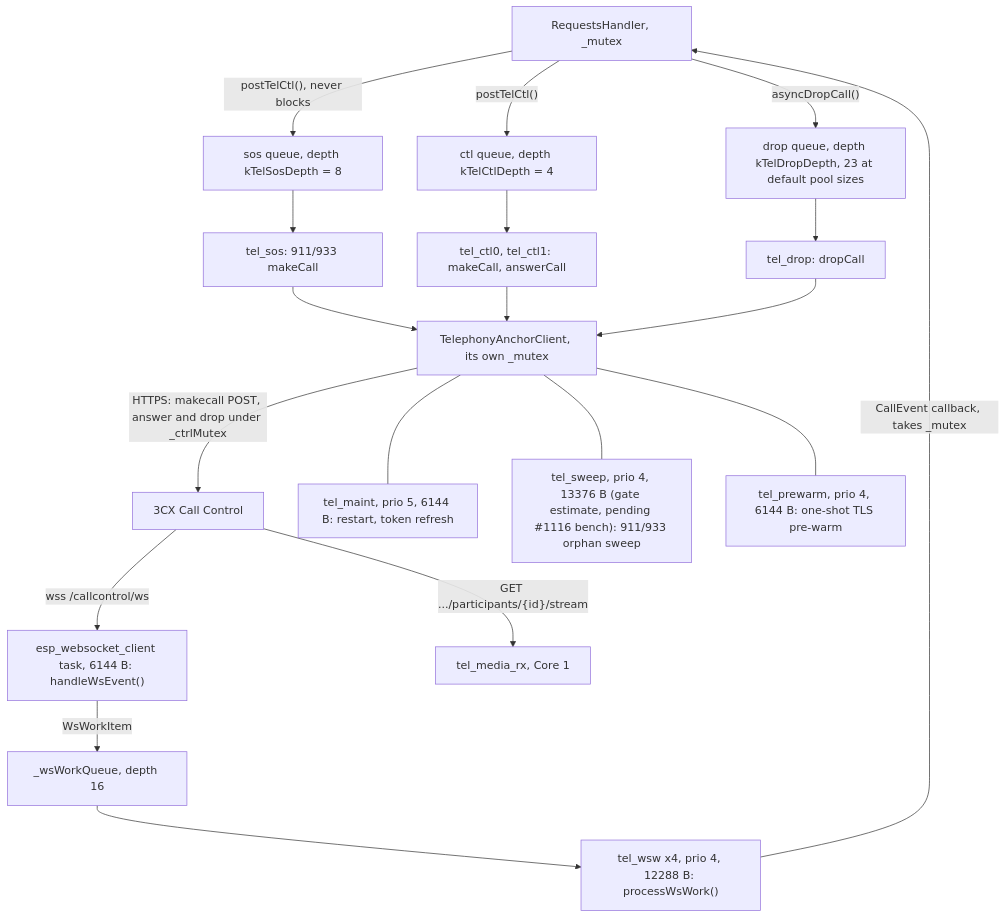
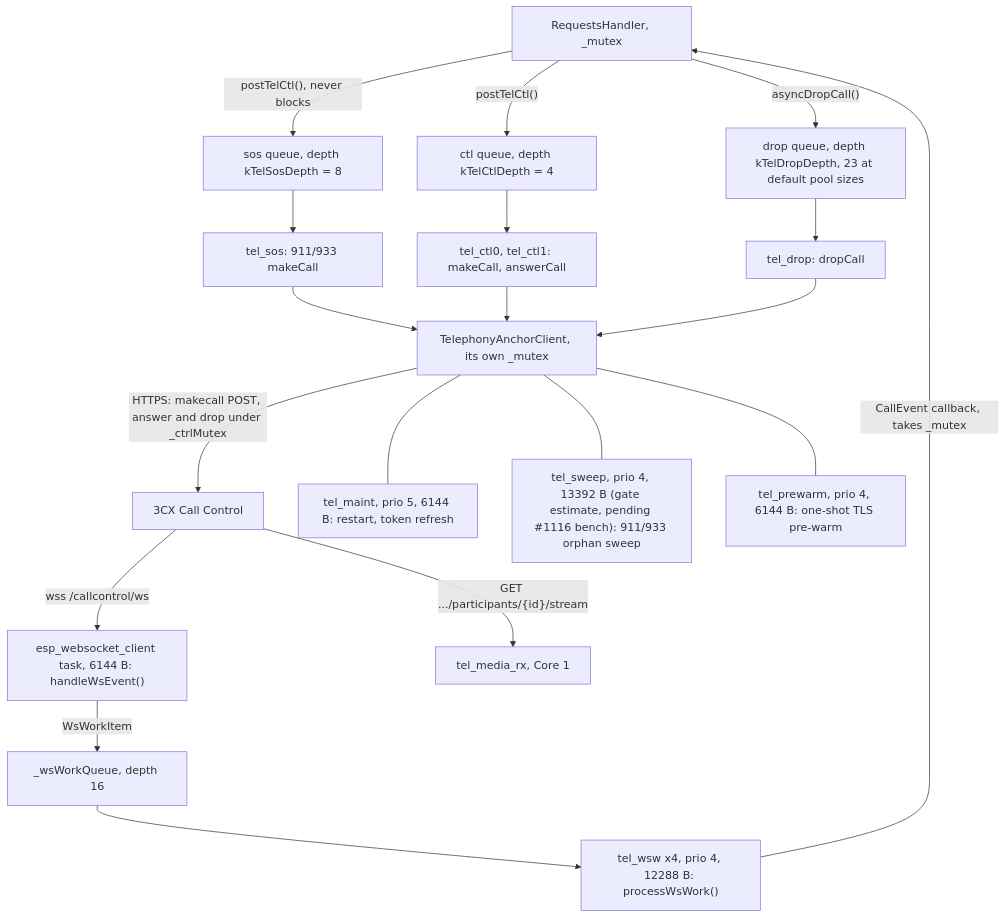
The second of 4 diagrams in docs/ARCHITECTURE.md (GlomarGadaffi/pocket-dial), drawn with Mermaid before and after one commit. The commit also changed 12 other files, not shown here.

````diff
--- a/docs/ARCHITECTURE.md
+++ b/docs/ARCHITECTURE.md
@@ -56,21 +56,21 @@
 ```mermaid
 flowchart TD
     RH["RequestsHandler, _mutex"] -->|"postTelCtl(), never blocks"| QS["sos queue, depth kTelSosDepth = 8"]
     RH -->|"postTelCtl()"| QC["ctl queue, depth kTelCtlDepth = 4"]
     RH -->|"asyncDropCall()"| QD["drop queue, depth kTelDropDepth, 23 at default pool sizes"]
     QS --> SOS["tel_sos: 911/933 makeCall"]
     QC --> CTL["tel_ctl0, tel_ctl1: makeCall, answerCall"]
     QD --> DROP["tel_drop: dropCall"]
     SOS --> TA["TelephonyAnchorClient, its own _mutex"]
     CTL --> TA
     DROP --> TA
     TA -->|"HTTPS: makecall POST, answer and drop under _ctrlMutex"| PBX["3CX Call Control"]
     PBX -->|"wss /callcontrol/ws"| WST["esp_websocket_client task, 6144 B: handleWsEvent()"]
     WST -->|"WsWorkItem"| WQ["_wsWorkQueue, depth 16"]
     WQ --> WSW["tel_wsw x4, prio 4, 12288 B: processWsWork()"]
     WSW -->|"CallEvent callback, takes _mutex"| RH
     PBX -->|"GET .../participants/{id}/stream"| MRX["tel_media_rx, Core 1"]
     TA --- MAINT["tel_maint, prio 5, 6144 B: restart, token refresh"]
-    TA --- SWEEP["tel_sweep, prio 4, 13376 B (gate estimate, pending #1116 bench): 911/933 orphan sweep"]
+    TA --- SWEEP["tel_sweep, prio 4, 13392 B (gate estimate, pending #1116 bench): 911/933 orphan sweep"]
     TA --- PRE["tel_prewarm, prio 4, 6144 B: one-shot TLS pre-warm"]
 ```
````
